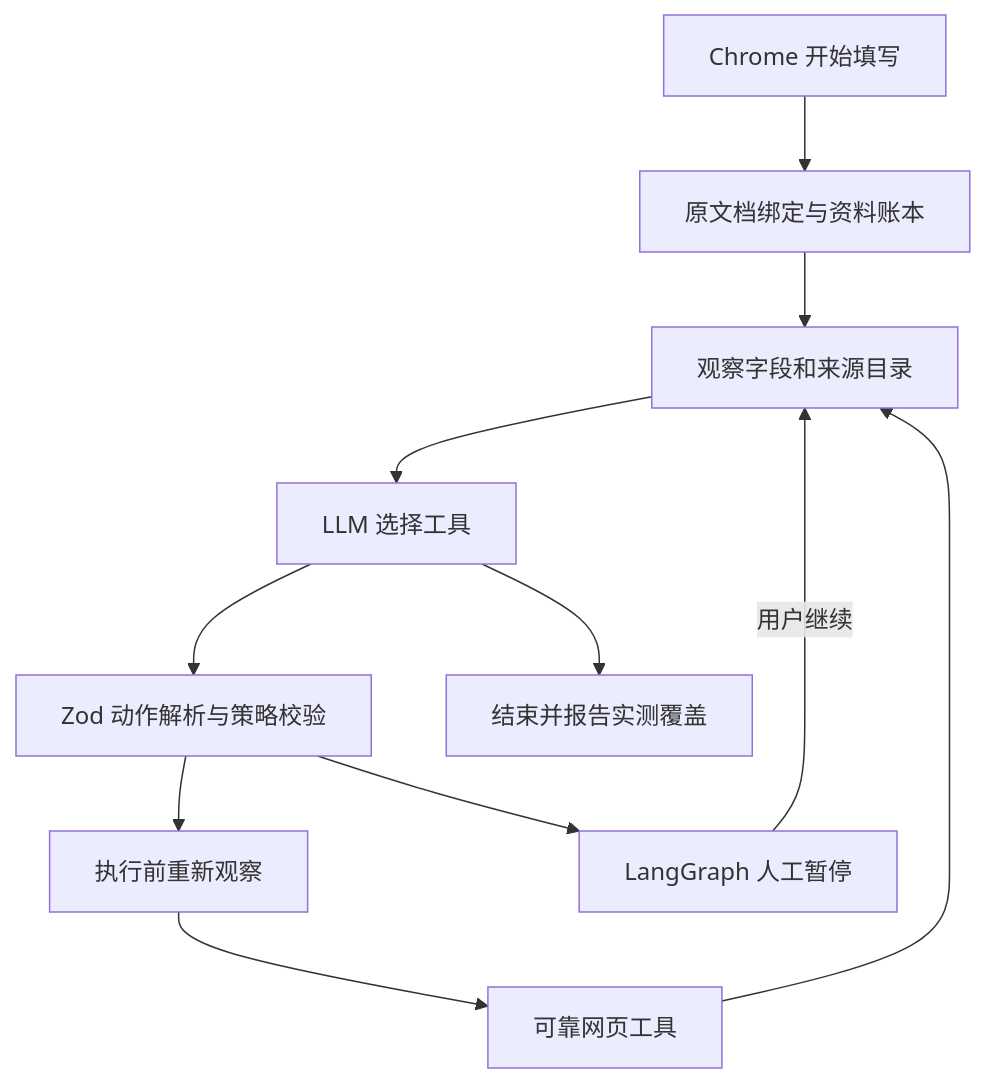
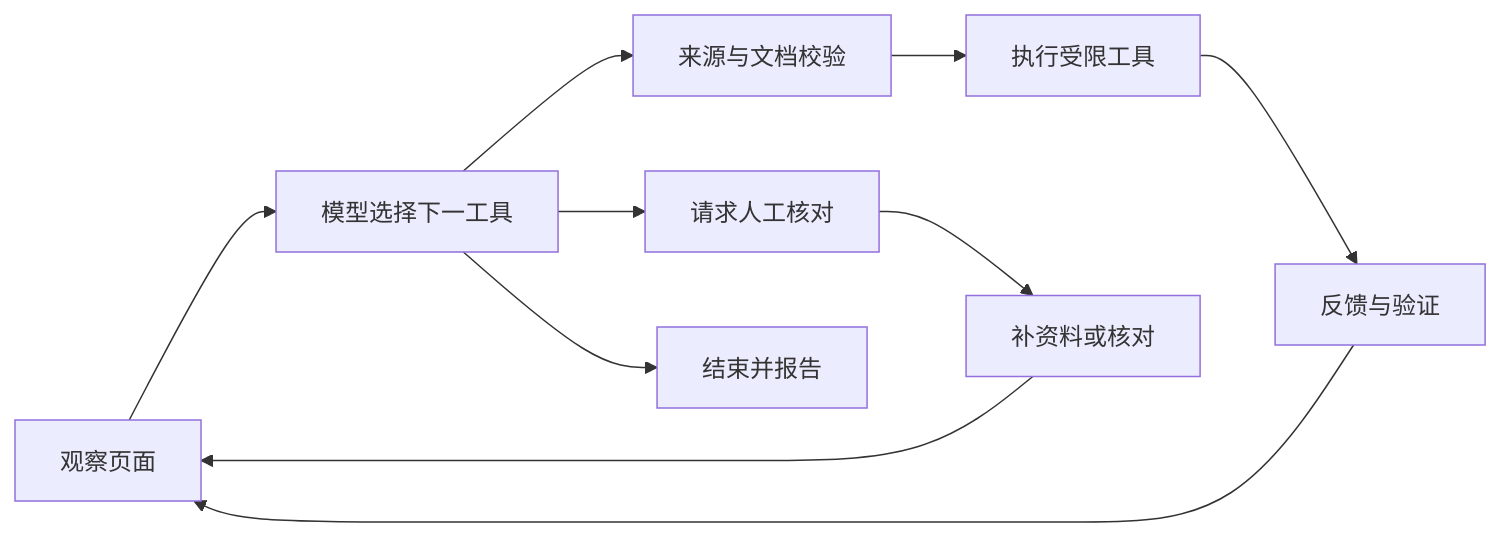
The diagram in README.md (SprayWaterXCW/resume-agent-lab), drawn with Mermaid before and after one commit. The commit also changed other lines of this file and 8 other files, not shown here.

````diff
--- a/README.md
+++ b/README.md
@@ -55,13 +114,12 @@
 ```mermaid
-flowchart TD
-  A[Chrome 开始填写] --> B[原文档绑定与资料账本]
-  B --> C[观察字段和来源目录]
-  C --> D[LLM 选择工具]
-  D --> E[Zod 动作解析与策略校验]
-  E --> F[执行前重新观察]
-  F --> G[可靠网页工具]
-  G --> C
-  E --> H[LangGraph 人工暂停]
-  H -->|用户继续| C
-  D --> I[结束并报告实测覆盖]
+flowchart LR
+    O[观察页面] --> D[模型选择下一工具]
+    D --> V[来源与文档校验]
+    V --> A[执行受限工具]
+    A --> F[反馈与验证]
+    F --> O
+    D --> R[请求人工核对]
+    R --> H[补资料或核对]
+    H --> O
+    D --> E[结束并报告]
 ```
````
